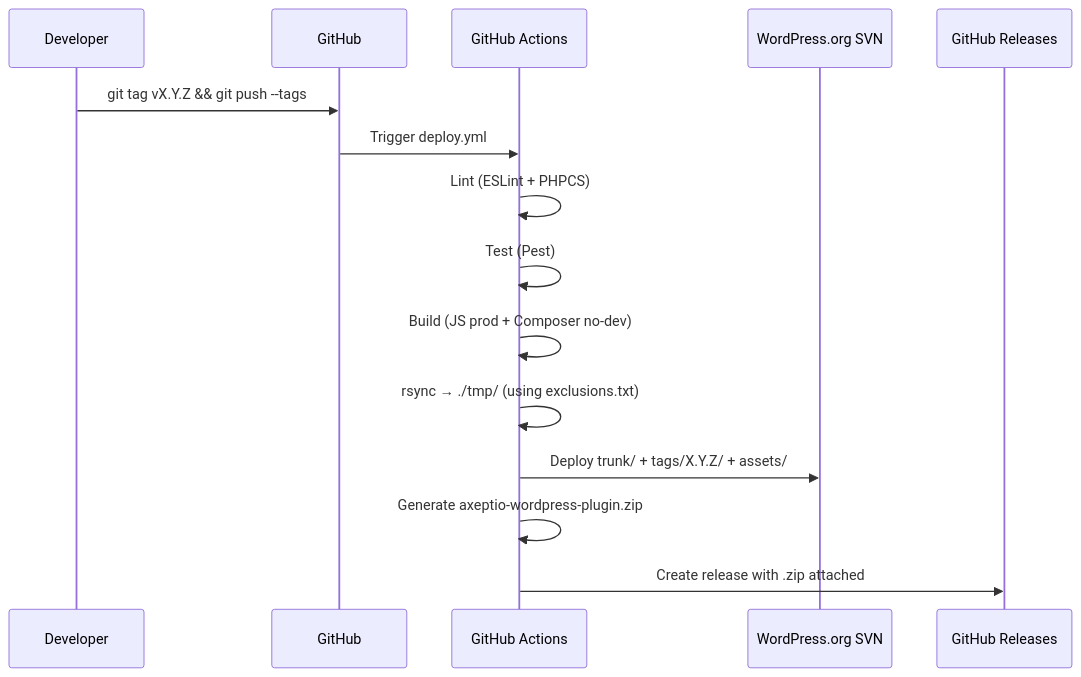
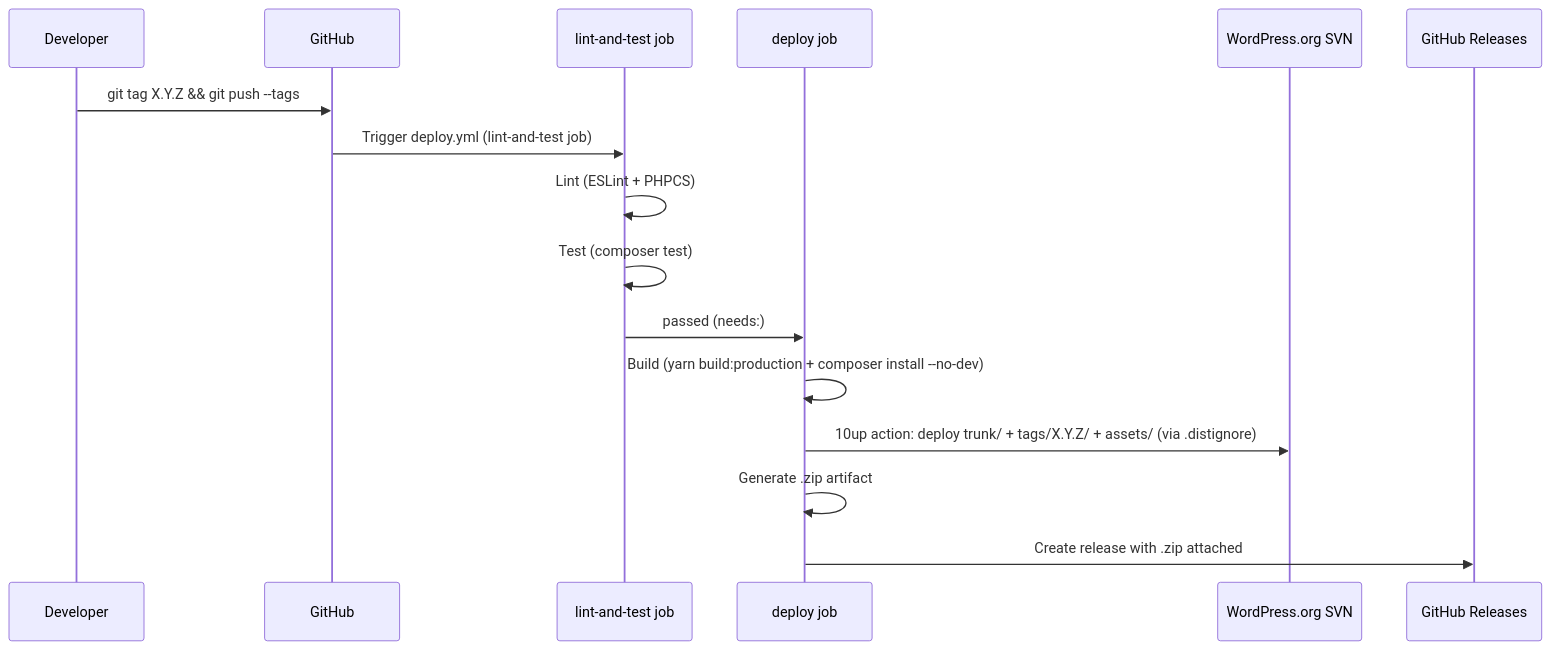
One commit to axeptio/wordpress-plugin changed the second of 2 diagrams in docs/deployment/environments.md. Above: the diagram before and after it, drawn with Mermaid. The commit also changed other lines of this file and 2 other files, not shown here.

````diff
--- a/docs/deployment/environments.md
+++ b/docs/deployment/environments.md
@@ -57,18 +57,19 @@
 ```mermaid
 sequenceDiagram
     participant Dev as Developer
     participant GH as GitHub
-    participant CI as GitHub Actions
+    participant LA as lint-and-test job
+    participant DJ as deploy job
     participant WPSVN as WordPress.org SVN
     participant GHR as GitHub Releases
 
-    Dev->>GH: git tag vX.Y.Z && git push --tags
-    GH->>CI: Trigger deploy.yml
-    CI->>CI: Lint (ESLint + PHPCS)
-    CI->>CI: Test (Pest)
-    CI->>CI: Build (JS prod + Composer no-dev)
-    CI->>CI: rsync → ./tmp/ (using exclusions.txt)
-    CI->>WPSVN: Deploy trunk/ + tags/X.Y.Z/ + assets/
-    CI->>CI: Generate axeptio-wordpress-plugin.zip
-    CI->>GHR: Create release with .zip attached
+    Dev->>GH: git tag X.Y.Z && git push --tags
+    GH->>LA: Trigger deploy.yml (lint-and-test job)
+    LA->>LA: Lint (ESLint + PHPCS)
+    LA->>LA: Test (composer test)
+    LA->>DJ: passed (needs:)
+    DJ->>DJ: Build (yarn build:production + composer install --no-dev)
+    DJ->>WPSVN: 10up action: deploy trunk/ + tags/X.Y.Z/ + assets/ (via .distignore)
+    DJ->>DJ: Generate .zip artifact
+    DJ->>GHR: Create release with .zip attached
 ```
````
